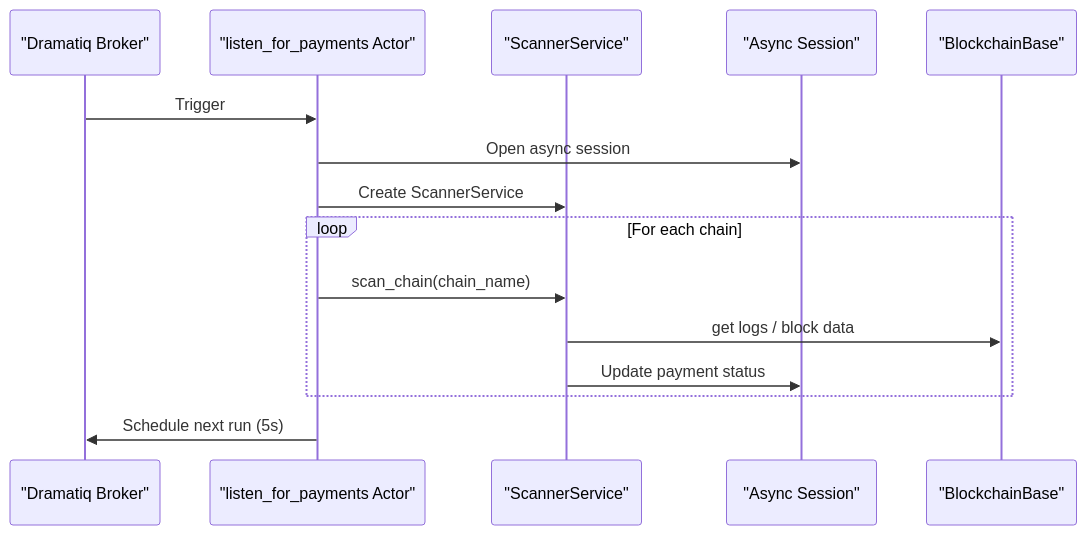
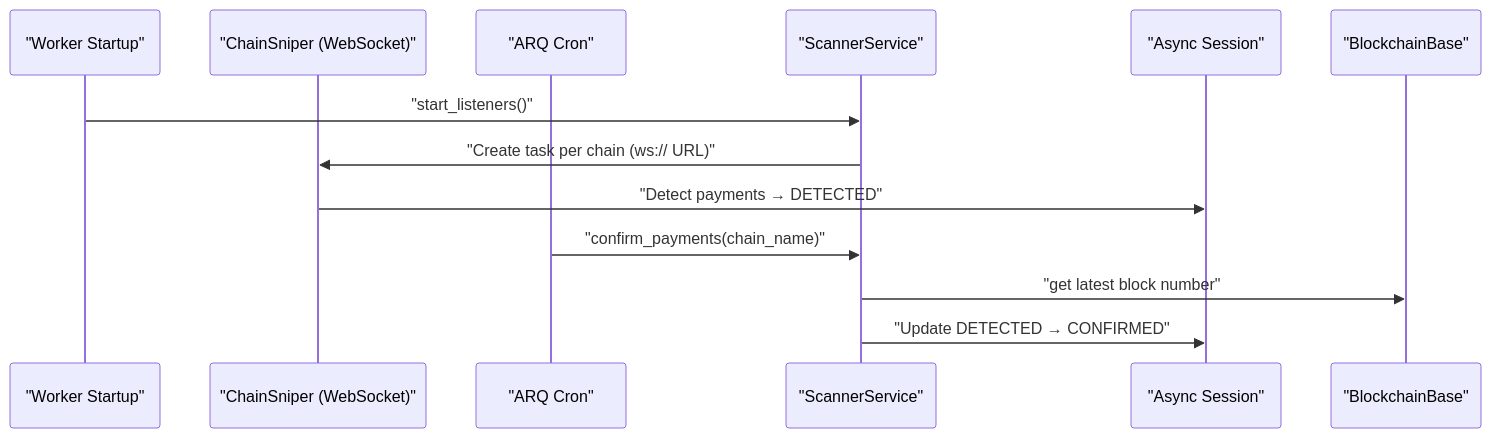
One commit to rakibhossain72/ctrip-docs changed the ninth of 11 diagrams in docs/project-overview/technology-stack-and-architecture.md. Above: the diagram before and after it, drawn with Mermaid. The commit also changed other lines of this file and 25 other files, not shown here.

First line of the commit message:
docs: Update documentation to reflect ARQ task migration from Dramatiq

````diff
--- a/docs/project-overview/technology-stack-and-architecture.md
+++ b/docs/project-overview/technology-stack-and-architecture.md
@@ -327,17 +328,15 @@
 ```mermaid
 sequenceDiagram
-participant Scheduler as "Dramatiq Broker"
-participant Listener as "listen_for_payments Actor"
+participant Startup as "Worker Startup"
+participant Sniper as "ChainSniper (WebSocket)"
+participant Cron as "ARQ Cron"
 participant Scanner as "ScannerService"
 participant DB as "Async Session"
 participant Chain as "BlockchainBase"
-Scheduler->>Listener : Trigger
-Listener->>DB : Open async session
-Listener->>Scanner : Create ScannerService
-loop For each chain
-Listener->>Scanner : scan_chain(chain_name)
-Scanner->>Chain : get logs / block data
-Scanner->>DB : Update payment status
-end
-Listener->>Scheduler : Schedule next run (5s)
+Startup->>Scanner : "start_listeners()"
+Scanner->>Sniper : "Create task per chain (ws:// URL)"
+Sniper->>DB : "Detect payments → DETECTED"
+Cron->>Scanner : "confirm_payments(chain_name)"
+Scanner->>Chain : "get latest block number"
+Scanner->>DB : "Update DETECTED → CONFIRMED"
 ```
````
